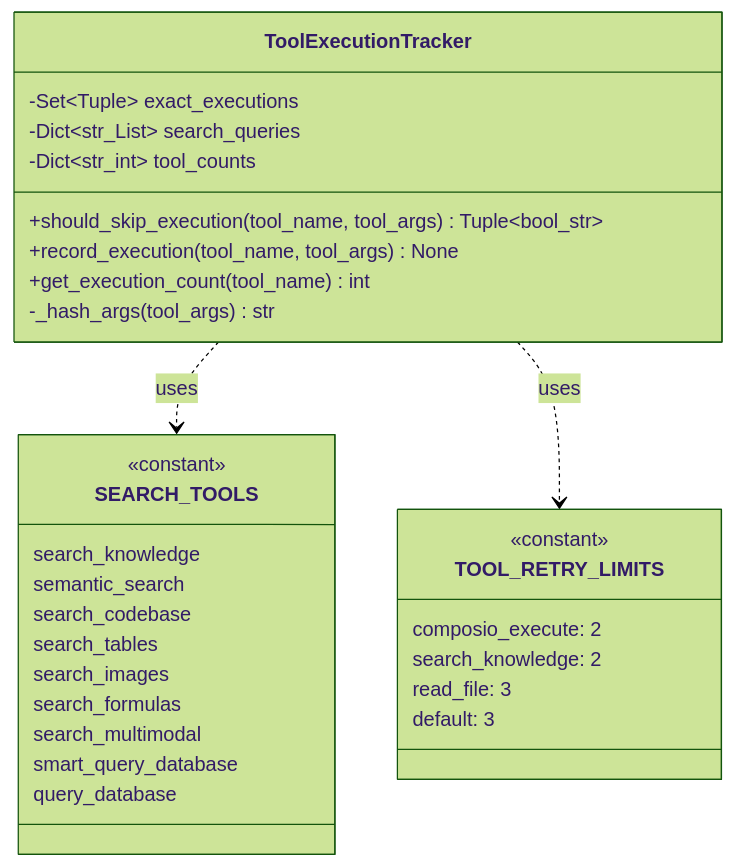
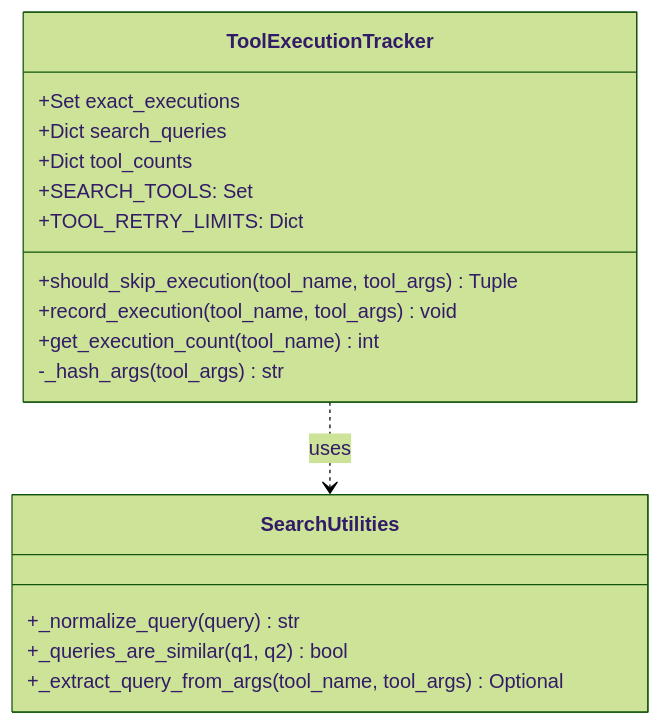
One commit to AutomatosAI/automatos-ai changed the second of 3 diagrams in docs/chat-interface/tool-loop-prevention.md. Above: the diagram before and after it, drawn with Mermaid (forest theme). The commit also changed other lines of this file and 149 other files, not shown here.

Commit message:
docs: refresh documentation with graphify semantic scan

````diff
--- a/docs/chat-interface/tool-loop-prevention.md
+++ b/docs/chat-interface/tool-loop-prevention.md
@@ -203,36 +139,20 @@
 ```mermaid
 classDiagram
     class ToolExecutionTracker {
-        -Set~Tuple~ exact_executions
-        -Dict~str_List~ search_queries
-        -Dict~str_int~ tool_counts
-        +should_skip_execution(tool_name, tool_args) Tuple~bool_str~
-        +record_execution(tool_name, tool_args) None
+        +Set exact_executions
+        +Dict search_queries
+        +Dict tool_counts
+        +SEARCH_TOOLS: Set
+        +TOOL_RETRY_LIMITS: Dict
+        +should_skip_execution(tool_name, tool_args) Tuple
+        +record_execution(tool_name, tool_args) void
         +get_execution_count(tool_name) int
         -_hash_args(tool_args) str
     }
-    
-    class SEARCH_TOOLS {
-        <<constant>>
-        search_knowledge
-        semantic_search
-        search_codebase
-        search_tables
-        search_images
-        search_formulas
-        search_multimodal
-        smart_query_database
-        query_database
+    class SearchUtilities {
+        +_normalize_query(query) str
+        +_queries_are_similar(q1, q2) bool
+        +_extract_query_from_args(tool_name, tool_args) Optional
     }
-    
-    class TOOL_RETRY_LIMITS {
-        <<constant>>
-        composio_execute: 2
-        search_knowledge: 2
-        read_file: 3
-        default: 3
-    }
-    
-    ToolExecutionTracker ..> SEARCH_TOOLS : uses
-    ToolExecutionTracker ..> TOOL_RETRY_LIMITS : uses
+    ToolExecutionTracker ..> SearchUtilities : uses
 ```
````
